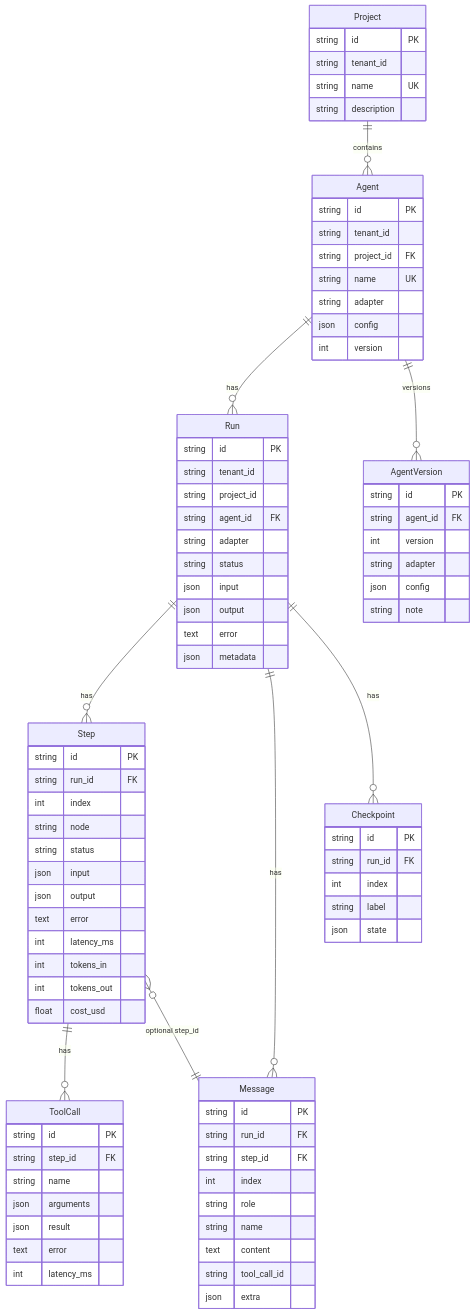
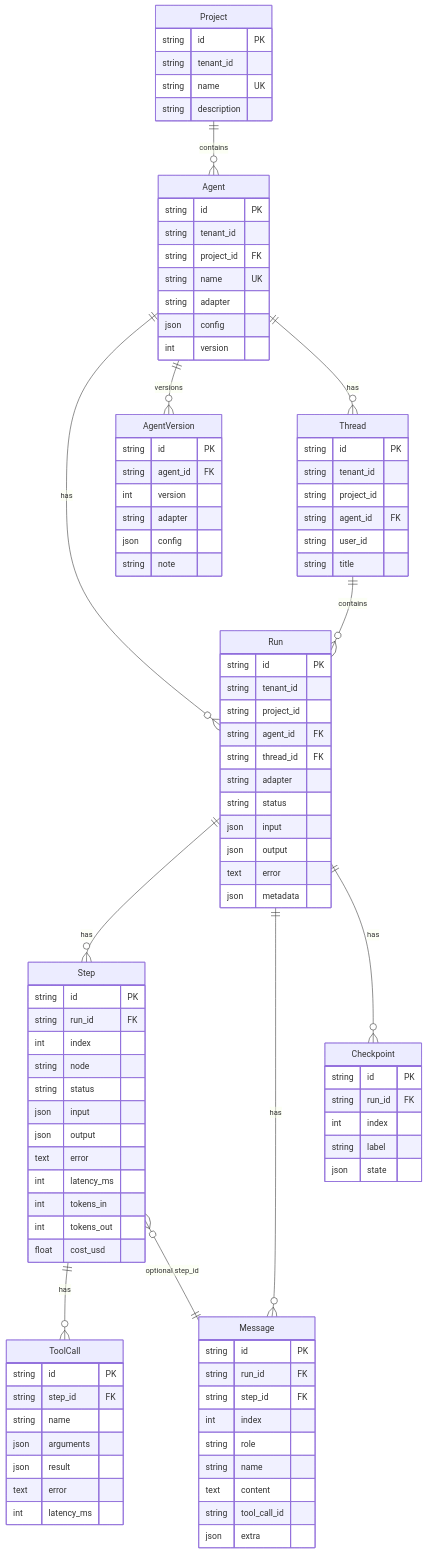
One commit to Emiyaaaaa/HiveMind changed the first of 2 diagrams in docs/data-model.md. Above: the diagram before and after it, drawn with Mermaid. The commit also changed other lines of this file and 42 other files, not shown here.

```diff
--- a/docs/data-model.md
+++ b/docs/data-model.md
@@ -11,6 +11,8 @@
     Project ||--o{ Agent : contains
     Agent ||--o{ Run : has
     Agent ||--o{ AgentVersion : versions
+    Agent ||--o{ Thread : has
+    Thread ||--o{ Run : contains
     Run ||--o{ Step : has
     Run ||--o{ Message : has
     Run ||--o{ Checkpoint : has
@@ -40,11 +42,20 @@
         json config
         string note
     }
+    Thread {
+        string id PK
+        string tenant_id
+        string project_id
+        string agent_id FK
+        string user_id
+        string title
+    }
     Run {
         string id PK
         string tenant_id
         string project_id
         string agent_id FK
+        string thread_id FK
         string adapter
         string status
         json input
```
